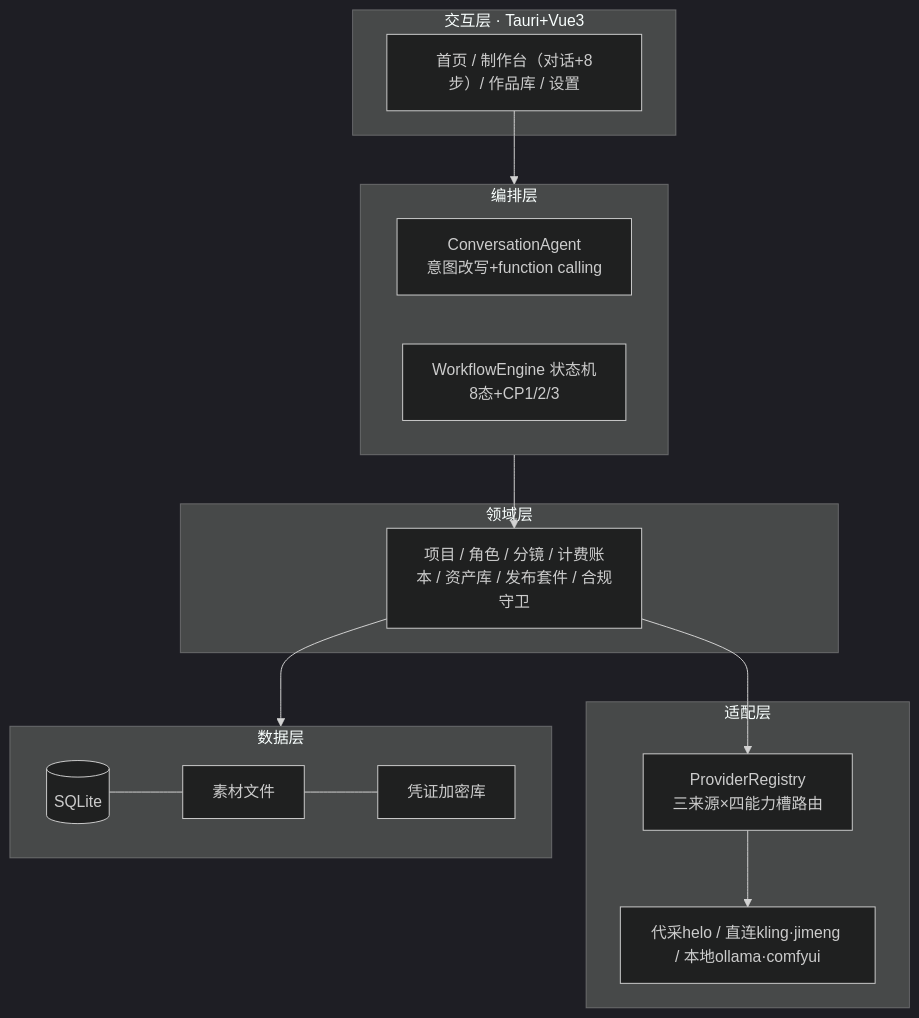
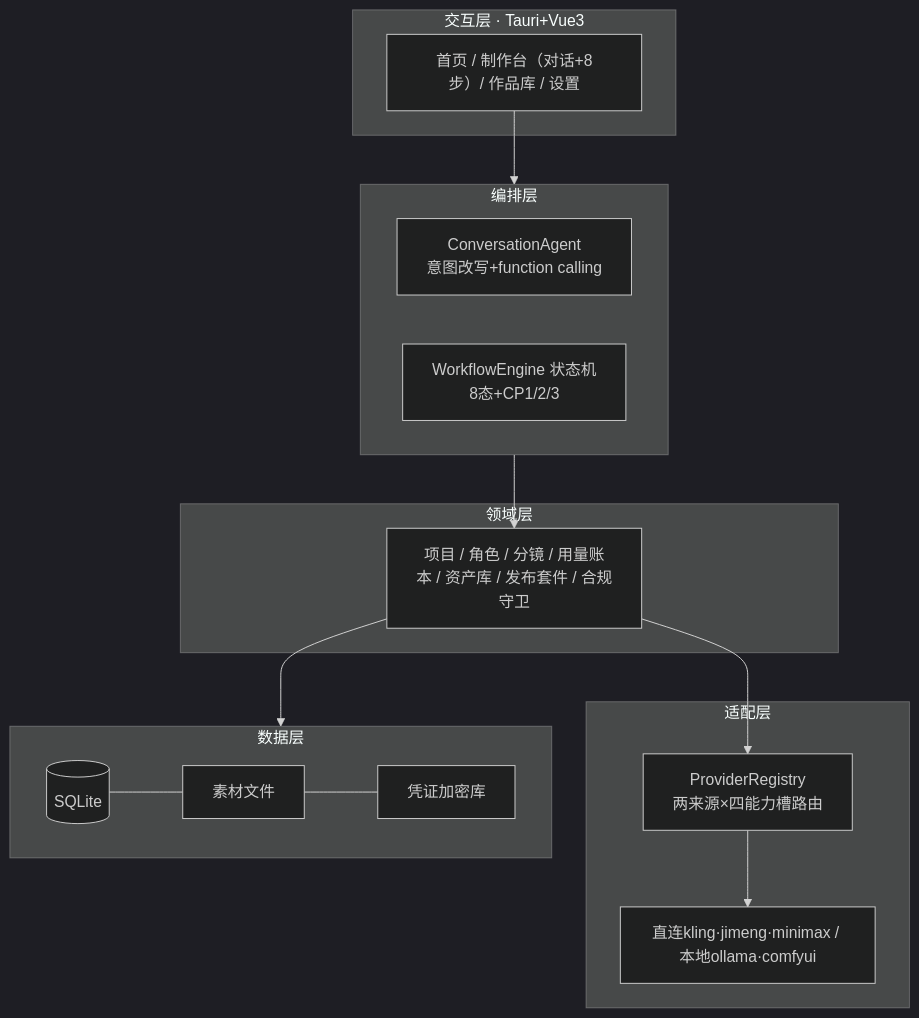
Before and after one commit to kujirashark/WhaleJu: the third of 9 diagrams in docs/鲸鲨漫剧-系统设计方案-合订本-v3.1.md, drawn with Mermaid (dark theme). The commit also changed other lines of this file and 98 other files, not shown here.

````diff
--- a/docs/鲸鲨漫剧-系统设计方案-合订本-v3.1.md
+++ b/docs/鲸鲨漫剧-系统设计方案-合订本-v3.1.md
@@ -79,22 +77,22 @@
 ```mermaid
 flowchart TB
     subgraph L1[交互层 · Tauri+Vue3]
         UI["首页 / 制作台（对话+8步）/ 作品库 / 设置"]
     end
     subgraph L2[编排层]
         AGENT[ConversationAgent<br/>意图改写+function calling]
         FSM[WorkflowEngine 状态机<br/>8态+CP1/2/3]
     end
     subgraph L3[领域层]
-        SVC[项目 / 角色 / 分镜 / 计费账本 / 资产库 / 发布套件 / 合规守卫]
+        SVC[项目 / 角色 / 分镜 / 用量账本 / 资产库 / 发布套件 / 合规守卫]
     end
     subgraph L4[适配层]
-        REG[ProviderRegistry<br/>三来源×四能力槽路由]
-        AD[代采helo / 直连kling·jimeng / 本地ollama·comfyui]
+        REG[ProviderRegistry<br/>两来源×四能力槽路由]
+        AD[直连kling·jimeng·minimax / 本地ollama·comfyui]
     end
     subgraph L5[数据层]
         D[(SQLite)] --- F[素材文件] --- K[凭证加密库]
     end
     UI --> L2 --> SVC --> REG --> AD
     SVC --> L5
 ```
````
